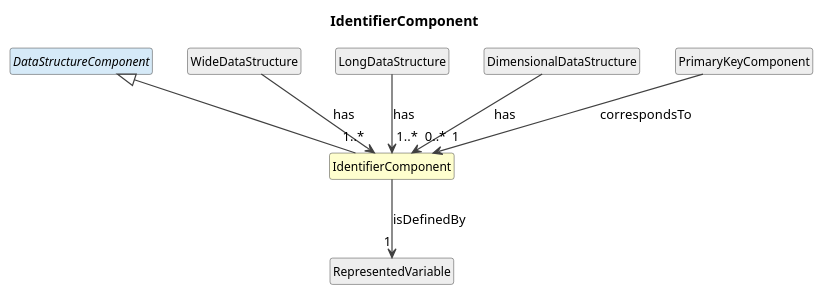
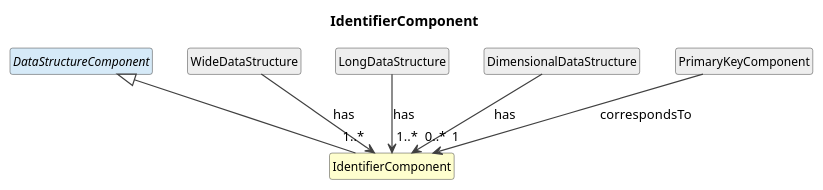
Before and after one commit to Cross-Domain-Interoperability-Framework/metadataBuildingBlocks: the diagram in cdif-uml-model/CDIFDataStructure/Classes/IdentifierComponent.pu, drawn with PlantUML. The commit also changed 54 other files, not shown here.

Commit message:
Regenerate UML model browser: component isDefinedBy refactor

```diff
--- a/cdif-uml-model/CDIFDataStructure/Classes/IdentifierComponent.pu
+++ b/cdif-uml-model/CDIFDataStructure/Classes/IdentifierComponent.pu
@@ -1,27 +1,25 @@
 @startuml
 title IdentifierComponent
 hide circle
 hide empty members
 skinparam shadowing false
 skinparam ArrowThickness 1.2
 skinparam class {
   ArrowColor #404040
   BorderColor #404040
   FontSize 12
 }
 
 class "IdentifierComponent" as IdentifierComponent #FEFECE
 abstract class "DataStructureComponent" as DataStructureComponent #D6EAF8
 DataStructureComponent <|-- IdentifierComponent
 class "WideDataStructure" as WideDataStructure #EEEEEE
 WideDataStructure --> "1..*" IdentifierComponent : has
 class "LongDataStructure" as LongDataStructure #EEEEEE
 LongDataStructure --> "1..*" IdentifierComponent : has
 class "DimensionalDataStructure" as DimensionalDataStructure #EEEEEE
 DimensionalDataStructure --> "0..*" IdentifierComponent : has
-class "RepresentedVariable" as RepresentedVariable #EEEEEE
-IdentifierComponent --> "1" RepresentedVariable : isDefinedBy
 class "PrimaryKeyComponent" as PrimaryKeyComponent #EEEEEE
 PrimaryKeyComponent --> "1" IdentifierComponent : correspondsTo
 
 @enduml
```
